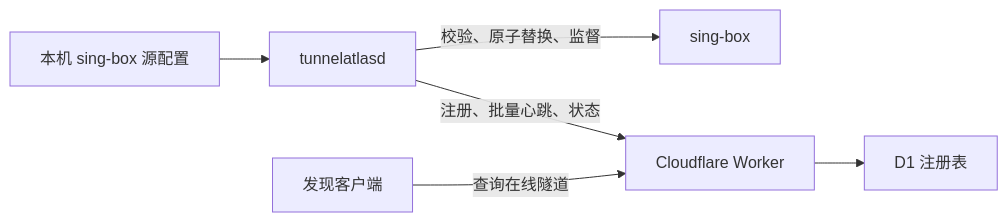
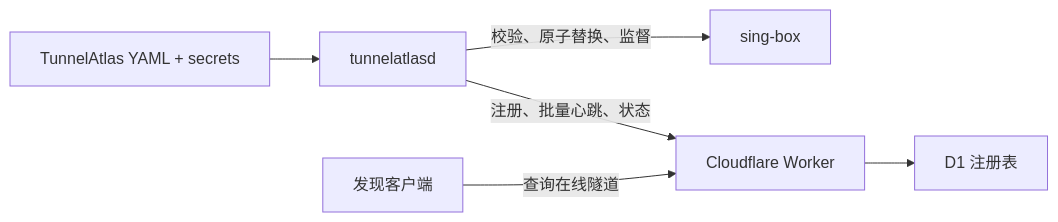
Before and after one commit to huochai67/tunnelatlas: the diagram in docs/architecture.md, drawn with Mermaid. The commit also changed other lines of this file and 25 other files, not shown here.

Commit message:
feat: let agent manage sing-box

````diff
--- a/docs/architecture.md
+++ b/docs/architecture.md
@@ -5,8 +5,8 @@
 ```mermaid
 flowchart LR
-  CFG["本机 sing-box 源配置"] --> AG["tunnelatlasd"]
+  CFG["TunnelAtlas YAML + secrets"] --> AG["tunnelatlasd"]
   AG -->|"校验、原子替换、监督"| ENG["sing-box"]
   AG -->|"注册、批量心跳、状态"| WK["Cloudflare Worker"]
   WK --> D1["D1 注册表"]
   CL["发现客户端"] -->|"查询在线隧道"| WK
 ```
````
